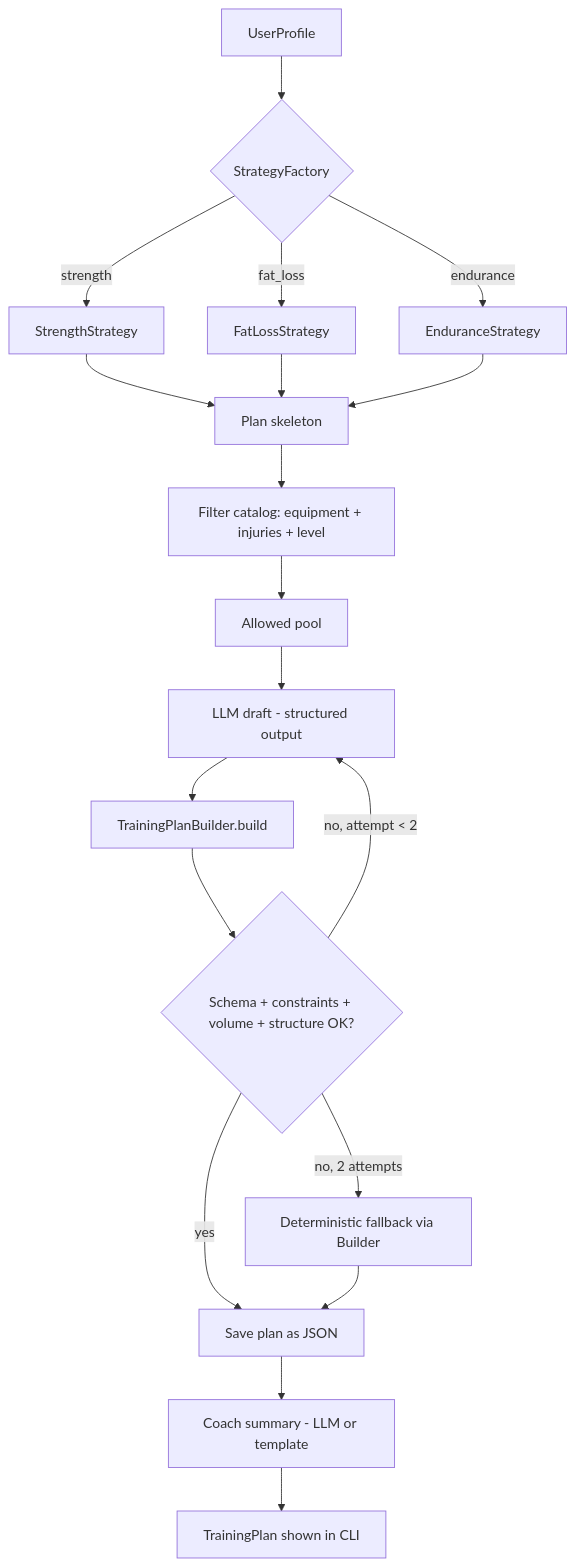
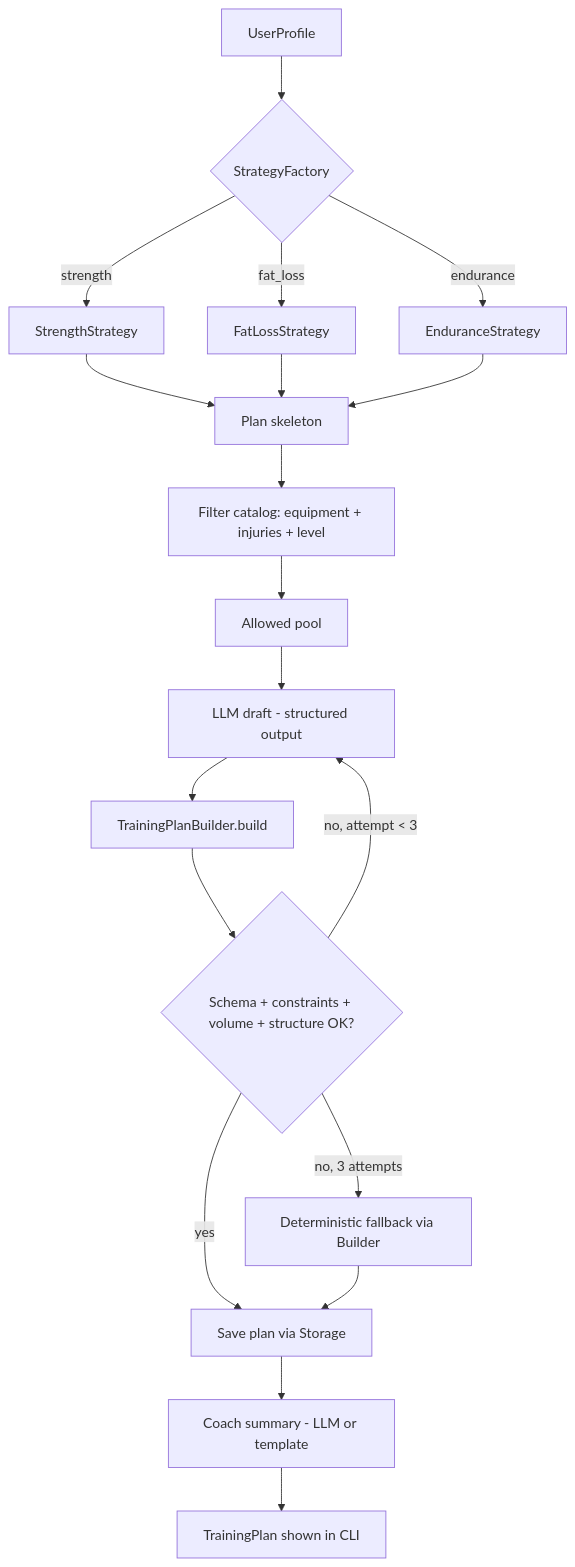
One commit to aslikaraman/adaptive-fitness-agent changed the second of 2 diagrams in FUNCTIONAL_FLOW.md. Above: the diagram before and after it, drawn with Mermaid. The commit also changed other lines of this file, not shown here.

First line of the commit message:
Resolve open questions in the functional flow

````diff
--- a/FUNCTIONAL_FLOW.md
+++ b/FUNCTIONAL_FLOW.md
@@ -338,21 +401,21 @@
 ```mermaid
 flowchart TD
     A[UserProfile] --> B{StrategyFactory}
     B -->|strength| S1[StrengthStrategy]
     B -->|fat_loss| S2[FatLossStrategy]
     B -->|endurance| S3[EnduranceStrategy]
     S1 --> C[Plan skeleton]
     S2 --> C
     S3 --> C
     C --> D[Filter catalog: equipment + injuries + level]
     D --> E[Allowed pool]
     E --> F[LLM draft - structured output]
     F --> G[TrainingPlanBuilder.build]
     G --> H{Schema + constraints + volume + structure OK?}
-    H -->|no, attempt < 2| F
-    H -->|no, 2 attempts| I[Deterministic fallback via Builder]
-    H -->|yes| K[Save plan as JSON]
+    H -->|no, attempt < 3| F
+    H -->|no, 3 attempts| I[Deterministic fallback via Builder]
+    H -->|yes| K[Save plan via Storage]
     I --> K
     K --> L[Coach summary - LLM or template]
     L --> M[TrainingPlan shown in CLI]
 ```
````
